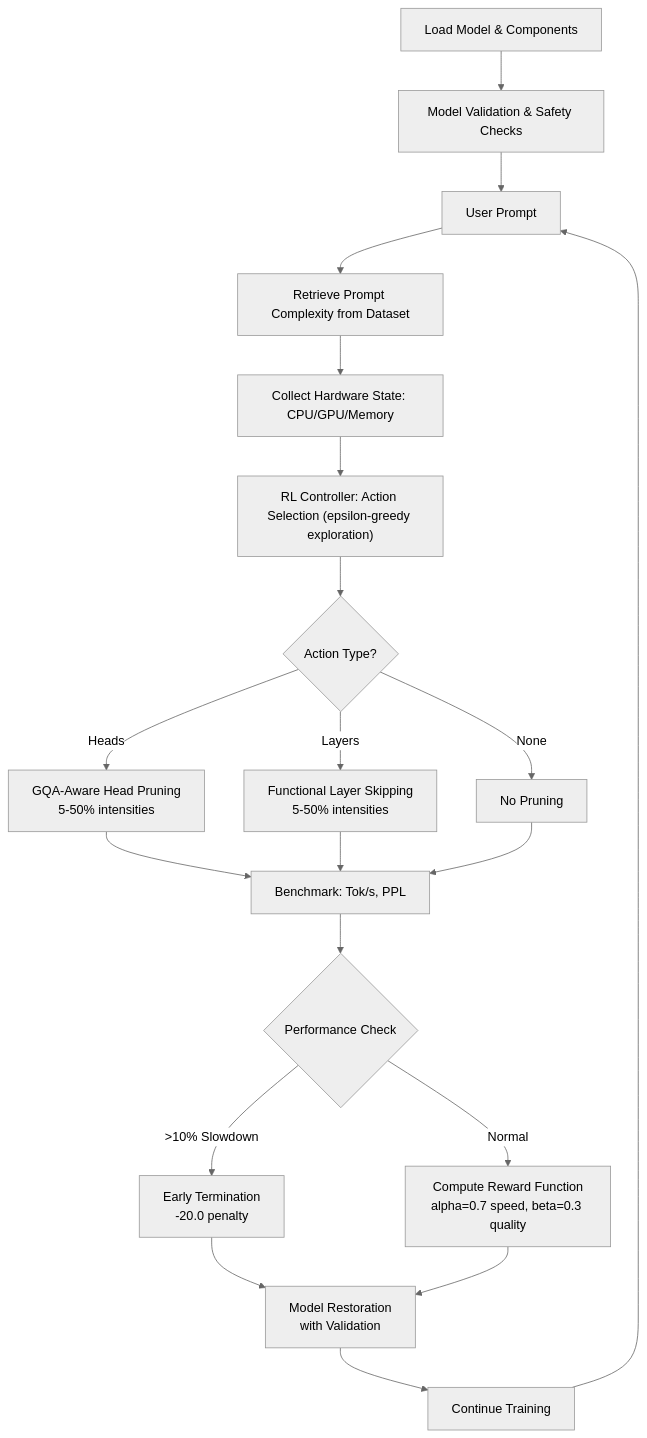
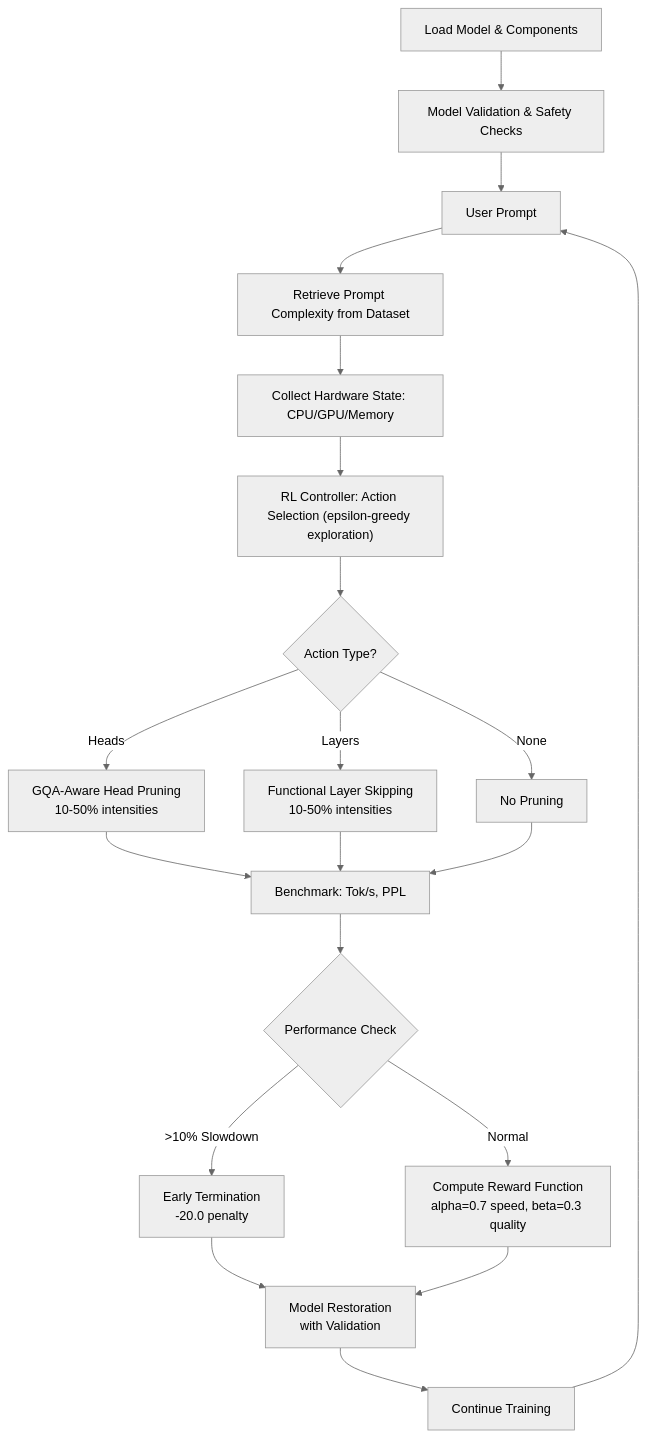
The second of 4 diagrams in README.md (asief-iqbal/Thesis), drawn with Mermaid (neutral theme) before and after one commit. The commit also changed other lines of this file and 2 other files, not shown here.

Commit message:
Add heavy files to gitignore and update pruning scripts

````diff
--- a/README.md
+++ b/README.md
@@ -266,23 +307,23 @@
 ```mermaid
 flowchart TD
     A["Load Model & Components"] --> B["Model Validation & Safety Checks"]
     B --> D["User Prompt"]
     D --> E["Retrieve Prompt Complexity from Dataset"]
     E --> F["Collect Hardware State: CPU/GPU/Memory"]
     F --> G["RL Controller: Action Selection (epsilon-greedy exploration)"]
     G --> H{Action Type?}
-    H -->|"Heads"| I["GQA-Aware Head Pruning<br/>5-50% intensities"]
-    H -->|"Layers"| J["Functional Layer Skipping<br/>5-50% intensities"]
+    H -->|"Heads"| I["GQA-Aware Head Pruning<br/>10-50% intensities"]
+    H -->|"Layers"| J["Functional Layer Skipping<br/>10-50% intensities"]
     H -->|"None"| K["No Pruning"]
     I --> M["Benchmark: Tok/s, PPL"]
     J --> M
     K --> M
     M --> N{Performance Check}
     N -->|">10% Slowdown"| O["Early Termination<br/>-20.0 penalty"]
     N -->|"Normal"| P["Compute Reward Function<br/>alpha=0.7 speed, beta=0.3 quality"]
     O --> Q["Model Restoration<br/>with Validation"]
     P --> Q
     Q --> R["Continue Training"]
     R --> D
 
 ```
````
